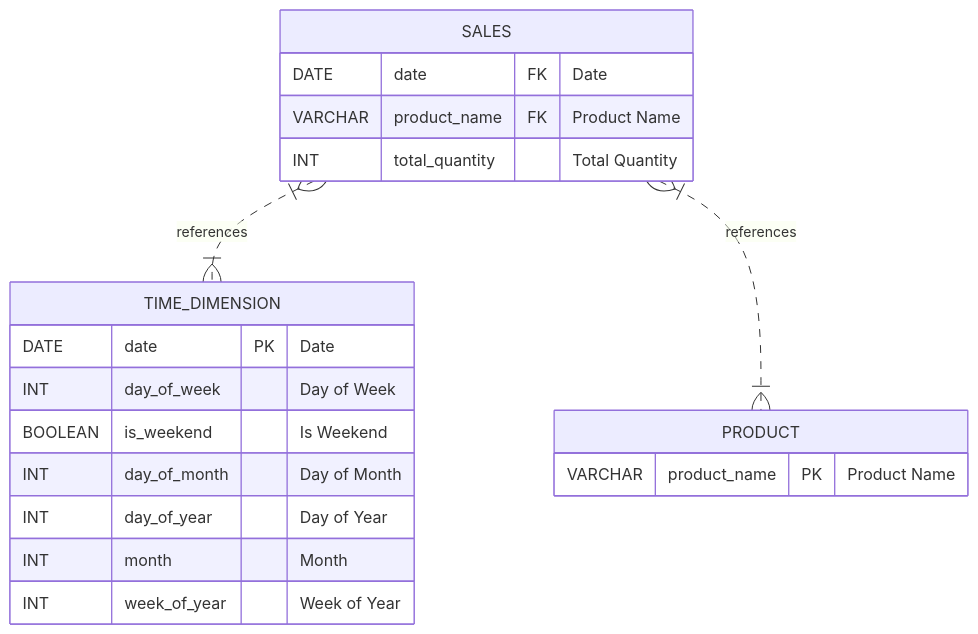
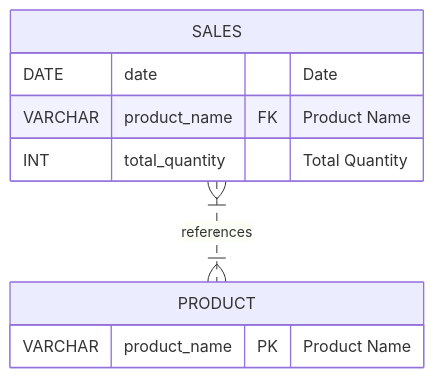
One commit to ShreyVDesai/SupplyChainOptimization changed the diagram in GCP_Scripts/GCS_to_SQL/schema.md. Above: the diagram before and after it, drawn with Mermaid. The commit also changed 1 other file, not shown here.

Commit message:
changed yml

````diff
--- a/GCP_Scripts/GCS_to_SQL/schema.md
+++ b/GCP_Scripts/GCS_to_SQL/schema.md
@@ -2,23 +2,14 @@
 ```mermaid
 erDiagram
     PRODUCT {
         VARCHAR product_name PK "Product Name"
     }
-    TIME_DIMENSION {
-        DATE date PK "Date"
-        INT day_of_week "Day of Week"
-        BOOLEAN is_weekend "Is Weekend"
-        INT day_of_month "Day of Month"
-        INT day_of_year "Day of Year"
-        INT month "Month"
-        INT week_of_year "Week of Year"
-    }
     SALES {
-        DATE date FK "Date"
+        DATE date "Date"
         VARCHAR product_name FK "Product Name"
         INT total_quantity "Total Quantity"
     }
     
-    SALES }|..|{ TIME_DIMENSION : "references"
     SALES }|..|{ PRODUCT : "references"
+
 ```
````
